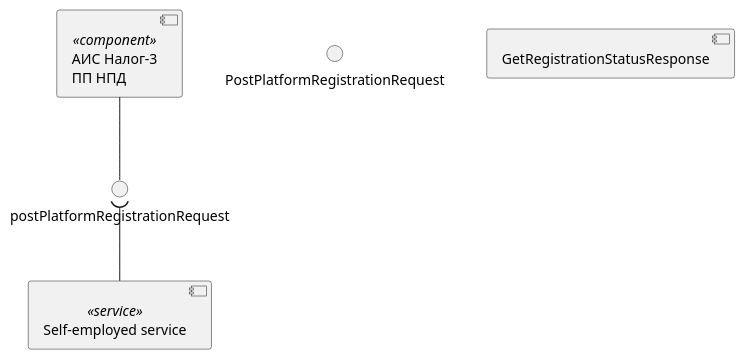
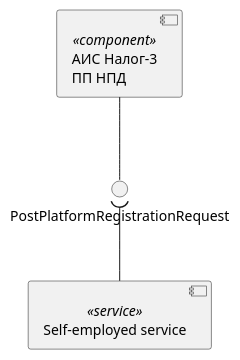
The fourth of 10 diagrams in diagrams/self-employed-service/components.puml (RaikBitters/ibank-internal-services), drawn with PlantUML before and after one commit. The commit also changed other lines of this file and 5 other files, not shown here.

Commit message:
Updated diagrams

```diff
--- a/diagrams/self-employed-service/components.puml
+++ b/diagrams/self-employed-service/components.puml
@@ -27,11 +56,10 @@
 @startuml self-employer-platform-registration
 
 component "АИС Налог-3\nПП НПД" as Tax3 <<component>>
 interface "PostPlatformRegistrationRequest" as postPlatformRegistration
 component "Self-employed service" as SelfEmplService <<service>>
-component "GetRegistrationStatusResponse" as getRegistrationStatus
 
-Tax3 --() postPlatformRegistrationRequest
-SelfEmplService -up-( postPlatformRegistrationRequest
+Tax3 --() postPlatformRegistration
+SelfEmplService -up-( postPlatformRegistration
 
 @enduml
```
